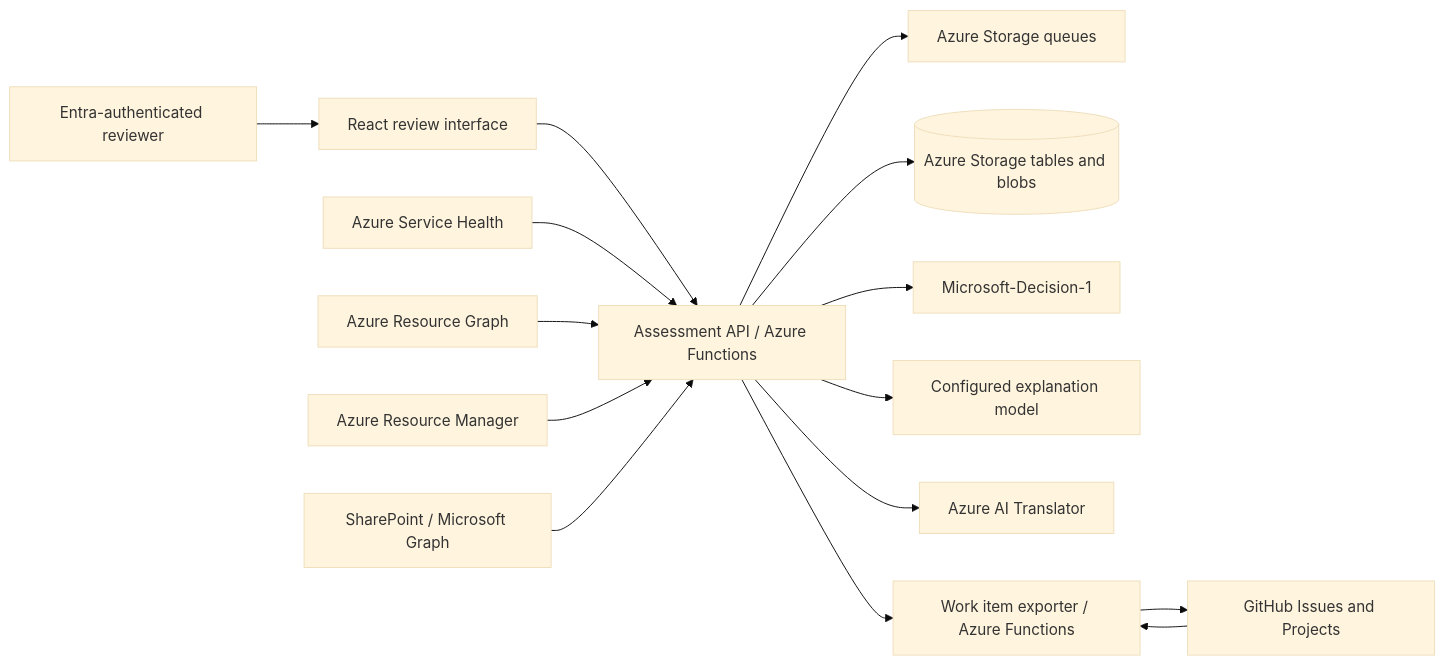
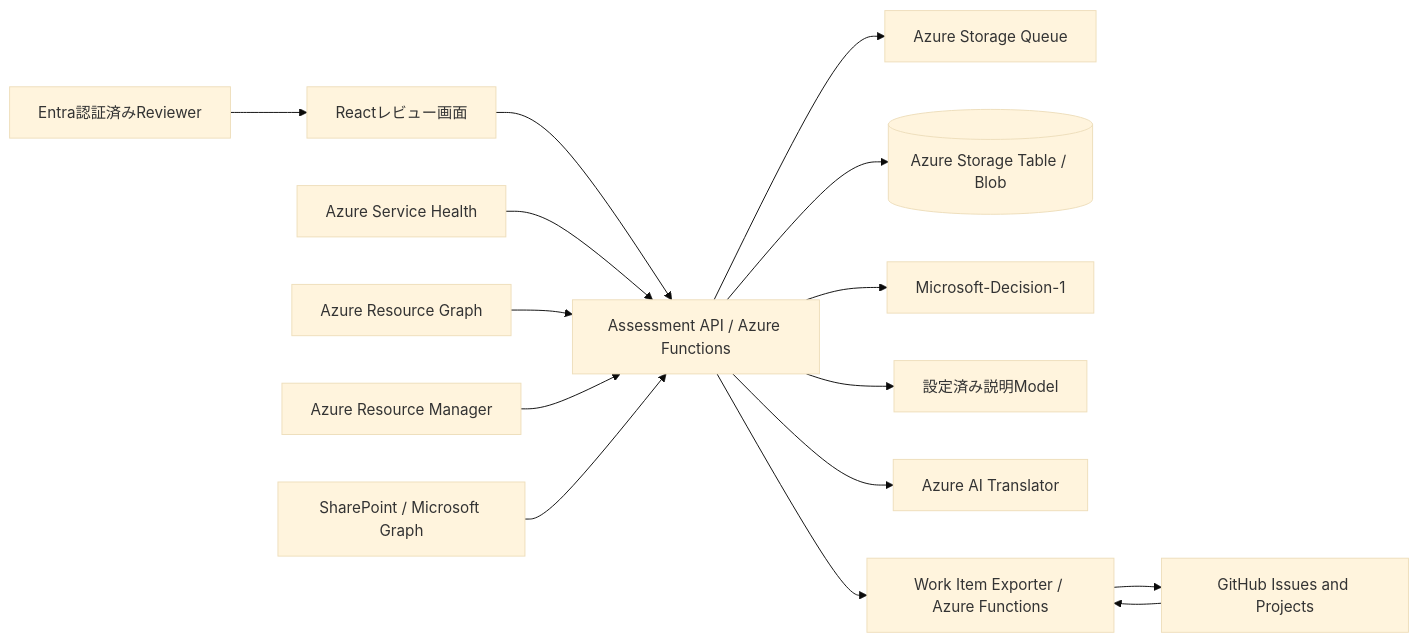
One commit to kdkwakaba/azure-retirement-planner changed the diagram in docs/architecture-and-decision-model.md. Above: the diagram before and after it, drawn with Mermaid (base theme). The commit also changed other lines of this file and 16 other files, not shown here.

````diff
--- a/docs/architecture-and-decision-model.md
+++ b/docs/architecture-and-decision-model.md
@@ -7,17 +7,17 @@
-```mermaid
+~~~mermaid
 flowchart LR
-  User[Entra-authenticated reviewer] --> UI[React review interface]
+  User[Entra認証済みReviewer] --> UI[Reactレビュー画面]
   UI --> API[Assessment API / Azure Functions]
   SH[Azure Service Health] --> API
   ARG[Azure Resource Graph] --> API
   ARM[Azure Resource Manager] --> API
   SP[SharePoint / Microsoft Graph] --> API
-  API --> Q[Azure Storage queues]
-  API --> DB[(Azure Storage tables and blobs)]
+  API --> Q[Azure Storage Queue]
+  API --> DB[(Azure Storage Table / Blob)]
   API --> D1[Microsoft-Decision-1]
-  API --> EX[Configured explanation model]
+  API --> EX[設定済み説明Model]
   API --> TR[Azure AI Translator]
-  API --> EXP[Work item exporter / Azure Functions]
+  API --> EXP[Work Item Exporter / Azure Functions]
   EXP --> GH[GitHub Issues and Projects]
   GH --> EXP
-```
+~~~
````
